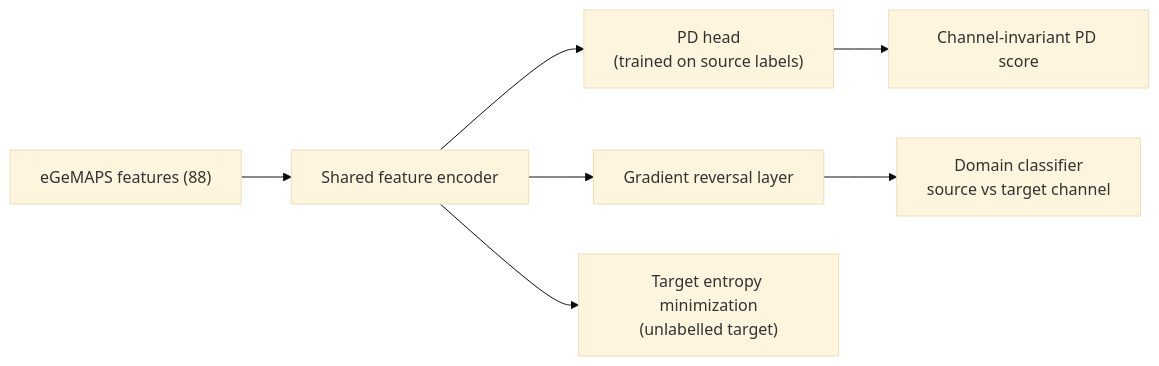
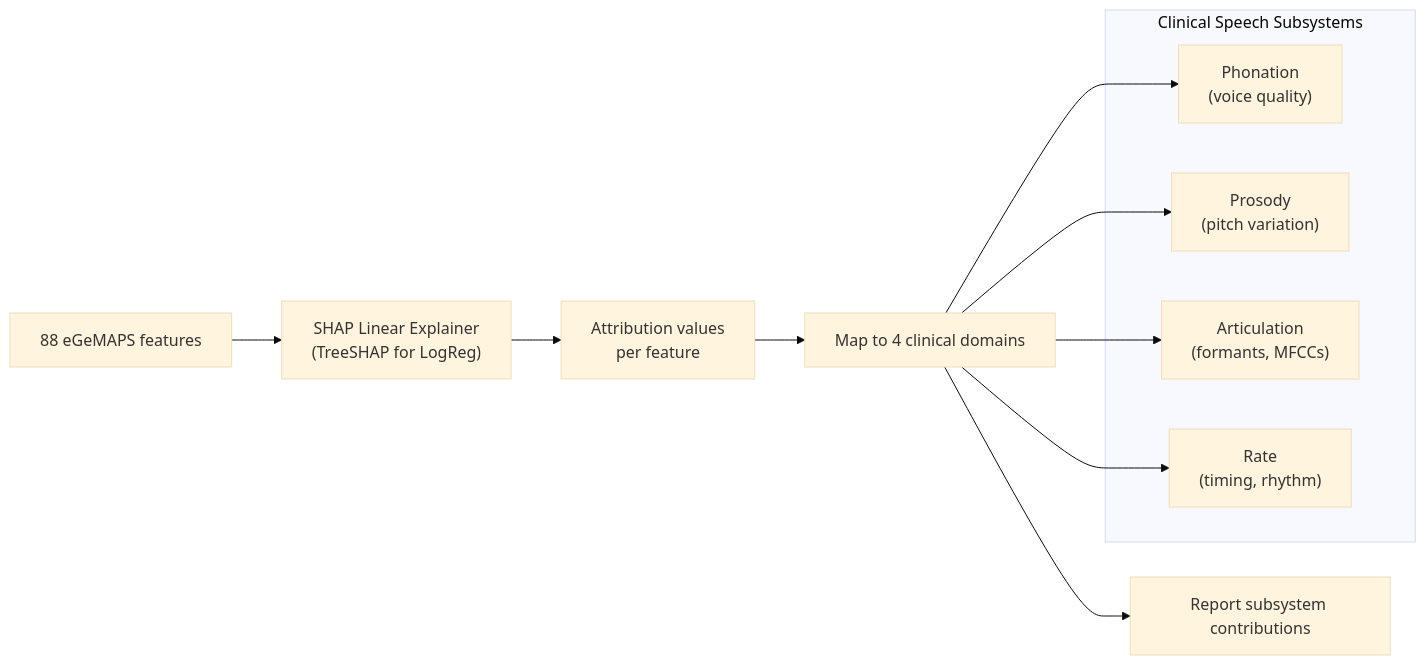
One commit to ahammadshawki8/CADENCE changed the fourth of 6 diagrams in README.md. Above: the diagram before and after it, drawn with Mermaid (base theme). The commit also changed other lines of this file and 3 other files, not shown here.

````diff
--- a/README.md
+++ b/README.md
@@ -78,8 +240,19 @@
 ```mermaid
 flowchart LR
-    F["eGeMAPS features (88)"] --> ENC["Shared feature encoder"]
-    ENC --> PD["PD head<br/>(trained on source labels)"]
-    ENC --> GRL["Gradient reversal layer"] --> DOM["Domain classifier<br/>source vs target channel"]
-    ENC --> ENT["Target entropy minimization<br/>(unlabelled target)"]
-    PD --> OUT["Channel-invariant PD score"]
+    F["88 eGeMAPS features"] --> S["SHAP Linear Explainer<br/>(TreeSHAP for LogReg)"]
+    S --> A["Attribution values<br/>per feature"]
+    A --> M["Map to 4 clinical domains"]
+    M --> R["Report subsystem contributions"]
+    
+    subgraph Subsystems["Clinical Speech Subsystems"]
+        P["Phonation<br/>(voice quality)"]
+        PR["Prosody<br/>(pitch variation)"]
+        AR["Articulation<br/>(formants, MFCCs)"]
+        RA["Rate<br/>(timing, rhythm)"]
+    end
+    
+    M --> P
+    M --> PR
+    M --> AR
+    M --> RA
 ```
````
